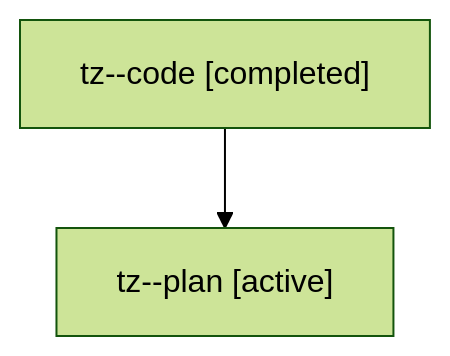
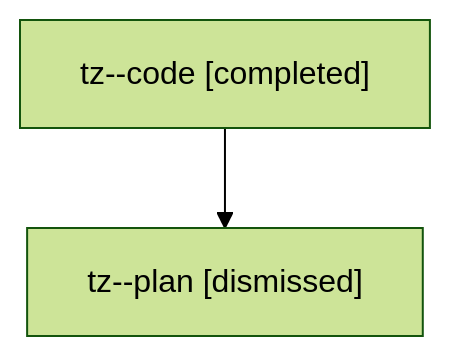
One commit to sase-org/sase--agents changed the diagram in sessions/bbugyi200.athena.tz.md. Above: the diagram before and after it, drawn with Mermaid (forest theme). The commit also changed other lines of this file and 24 other files, not shown here.

````diff
--- a/sessions/bbugyi200.athena.tz.md
+++ b/sessions/bbugyi200.athena.tz.md
@@ -9,6 +9,6 @@
 ```mermaid
 flowchart TD
   n0["tz--code [completed]"]
-  n1["tz--plan [active]"]
+  n1["tz--plan [dismissed]"]
   n0 --> n1
 ```
````
